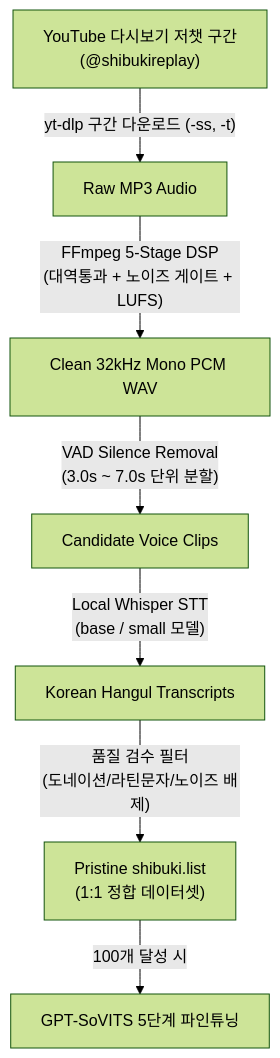
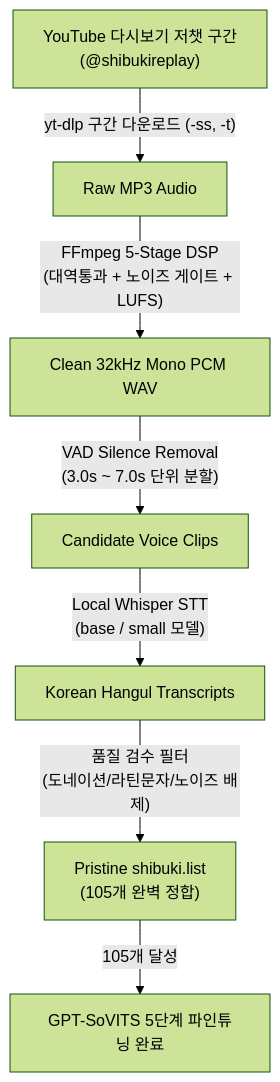
One commit to loverspath/project_buki changed the diagram in wiki/02_roadmap_tasks/HANDOVER_DATASET_MANUAL.md. Above: the diagram before and after it, drawn with Mermaid (forest theme). The commit also changed other lines of this file and 1 other file, not shown here.

Commit message:
feat(tts): deploy new 105-sample trained weights (shibuki_e12_s636.pth) and update handover manual to v3.0

````diff
--- a/wiki/02_roadmap_tasks/HANDOVER_DATASET_MANUAL.md
+++ b/wiki/02_roadmap_tasks/HANDOVER_DATASET_MANUAL.md
@@ -26,9 +27,9 @@
 ```mermaid
 flowchart TD
     A["YouTube 다시보기 저챗 구간<br/>(@shibukireplay)"] -->|"yt-dlp 구간 다운로드 (-ss, -t)"| B["Raw MP3 Audio"]
     B -->|"FFmpeg 5-Stage DSP<br/>(대역통과 + 노이즈 게이트 + LUFS)"| C["Clean 32kHz Mono PCM WAV"]
     C -->|"VAD Silence Removal<br/>(3.0s ~ 7.0s 단위 분할)"| D["Candidate Voice Clips"]
     D -->|"Local Whisper STT<br/>(base / small 모델)"| E["Korean Hangul Transcripts"]
-    E -->|"품질 검수 필터<br/>(도네이션/라틴문자/노이즈 배제)"| F["Pristine shibuki.list<br/>(1:1 정합 데이터셋)"]
-    F -->|"100개 달성 시"| G["GPT-SoVITS 5단계 파인튜닝"]
+    E -->|"품질 검수 필터<br/>(도네이션/라틴문자/노이즈 배제)"| F["Pristine shibuki.list<br/>(105개 완벽 정합)"]
+    F -->|"105개 달성"| G["GPT-SoVITS 5단계 파인튜닝 완료"]
 ```
````
